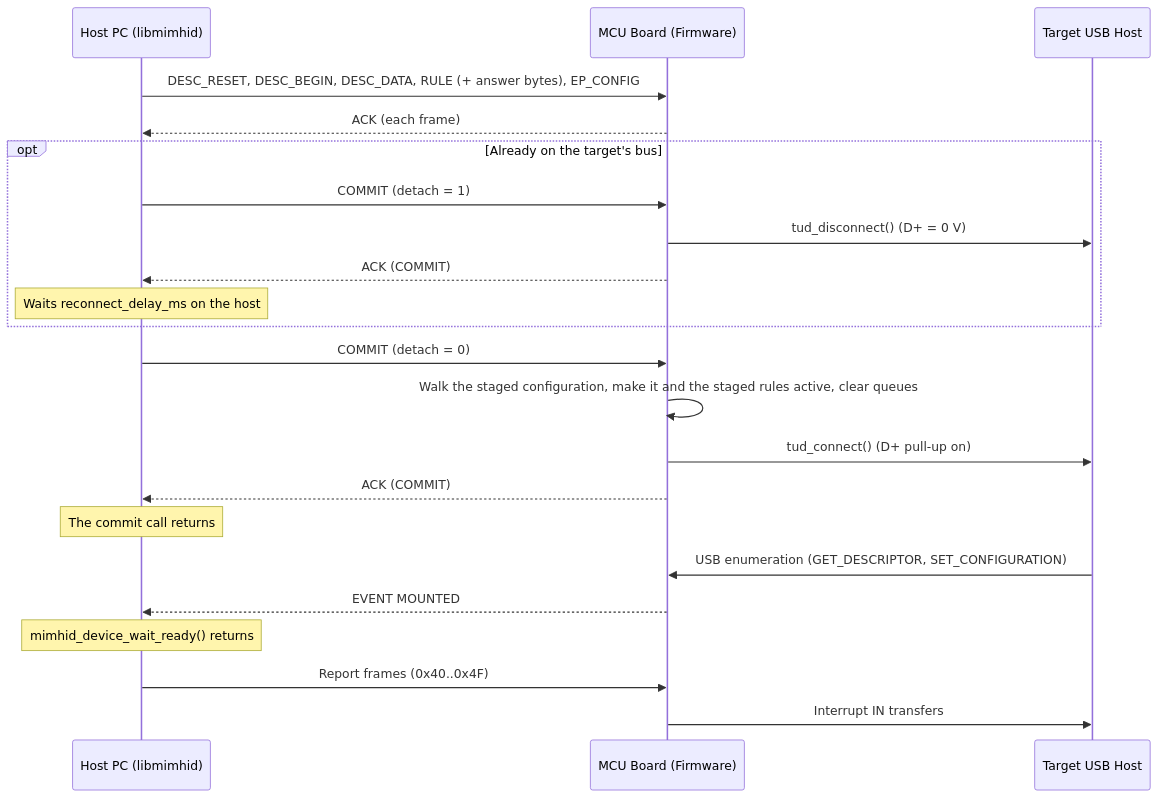
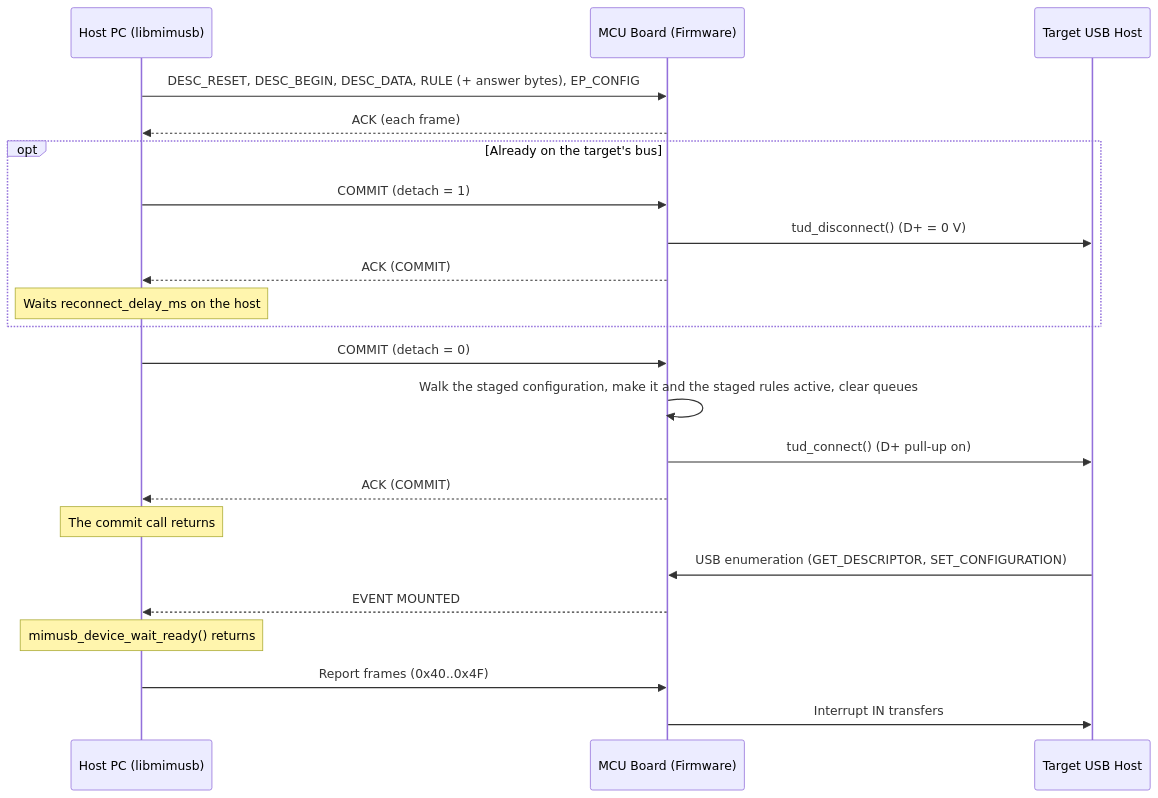
One commit to nemarpuc/libmimhid changed the second of 2 diagrams in docs/ARCHITECTURE.md. Above: the diagram before and after it, drawn with Mermaid. The commit also changed other lines of this file and 279 other files, not shown here.

First line of the commit message:
Rename libmimhid to libmimusb

````diff
--- a/docs/ARCHITECTURE.md
+++ b/docs/ARCHITECTURE.md
@@ -83,25 +83,25 @@
 ```mermaid
 sequenceDiagram
-    participant Host as Host PC (libmimhid)
+    participant Host as Host PC (libmimusb)
     participant Board as MCU Board (Firmware)
     participant Target as Target USB Host
 
     Host->>Board: DESC_RESET, DESC_BEGIN, DESC_DATA, RULE (+ answer bytes), EP_CONFIG
     Board-->>Host: ACK (each frame)
     opt Already on the target's bus
         Host->>Board: COMMIT (detach = 1)
         Board->>Target: tud_disconnect() (D+ = 0 V)
         Board-->>Host: ACK (COMMIT)
         Note over Host: Waits reconnect_delay_ms on the host
     end
     Host->>Board: COMMIT (detach = 0)
     Board->>Board: Walk the staged configuration, make it and the staged rules active, clear queues
     Board->>Target: tud_connect() (D+ pull-up on)
     Board-->>Host: ACK (COMMIT)
     Note over Host: The commit call returns
     Target->>Board: USB enumeration (GET_DESCRIPTOR, SET_CONFIGURATION)
     Board-->>Host: EVENT MOUNTED
-    Note over Host: mimhid_device_wait_ready() returns
+    Note over Host: mimusb_device_wait_ready() returns
     Host->>Board: Report frames (0x40..0x4F)
     Board->>Target: Interrupt IN transfers
 ```
````
